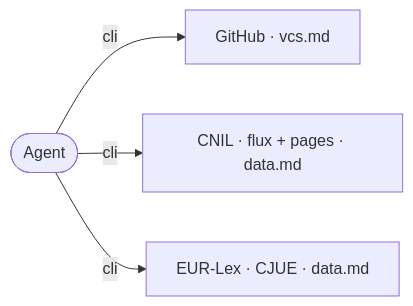
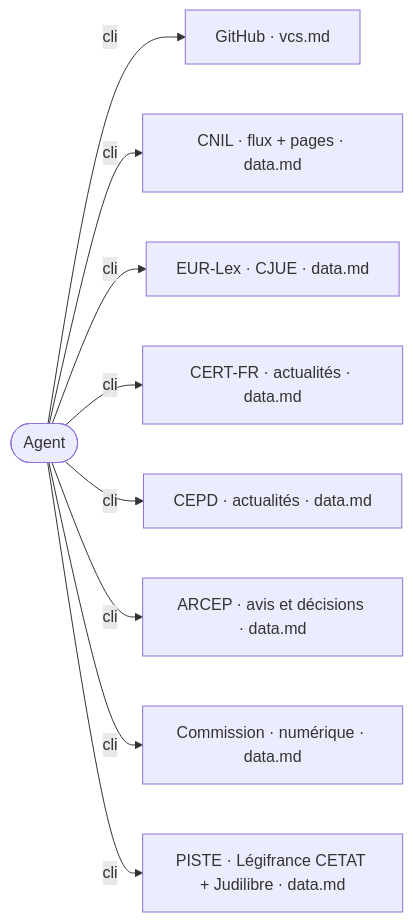
One commit to Beccariavf/vitrine changed the diagram in aidd_docs/memory/ecosystem.md. Above: the diagram before and after it, drawn with Mermaid. The commit also changed 7 other files, not shown here.

````diff
--- a/aidd_docs/memory/ecosystem.md
+++ b/aidd_docs/memory/ecosystem.md
@@ -3,11 +3,21 @@
 ```mermaid
 flowchart LR
   Agent([Agent])
   Vcs["GitHub · vcs.md"]
   Cnil["CNIL · flux + pages · data.md"]
   Cjeu["EUR-Lex · CJUE · data.md"]
+  Anssi["CERT-FR · actualités · data.md"]
+  Cepd["CEPD · actualités · data.md"]
+  Arcep["ARCEP · avis et décisions · data.md"]
+  Commission["Commission · numérique · data.md"]
+  Piste["PISTE · Légifrance CETAT + Judilibre · data.md"]
 
   Agent -- cli --> Vcs
   Agent -- cli --> Cnil
   Agent -- cli --> Cjeu
+  Agent -- cli --> Anssi
+  Agent -- cli --> Cepd
+  Agent -- cli --> Arcep
+  Agent -- cli --> Commission
+  Agent -- cli --> Piste
 ```
````
